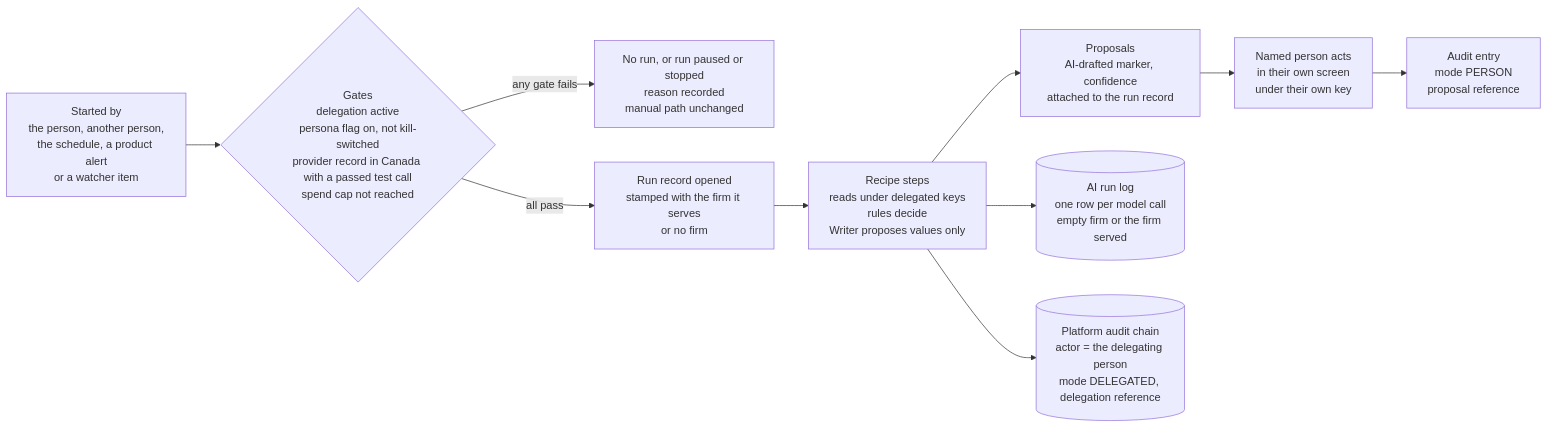
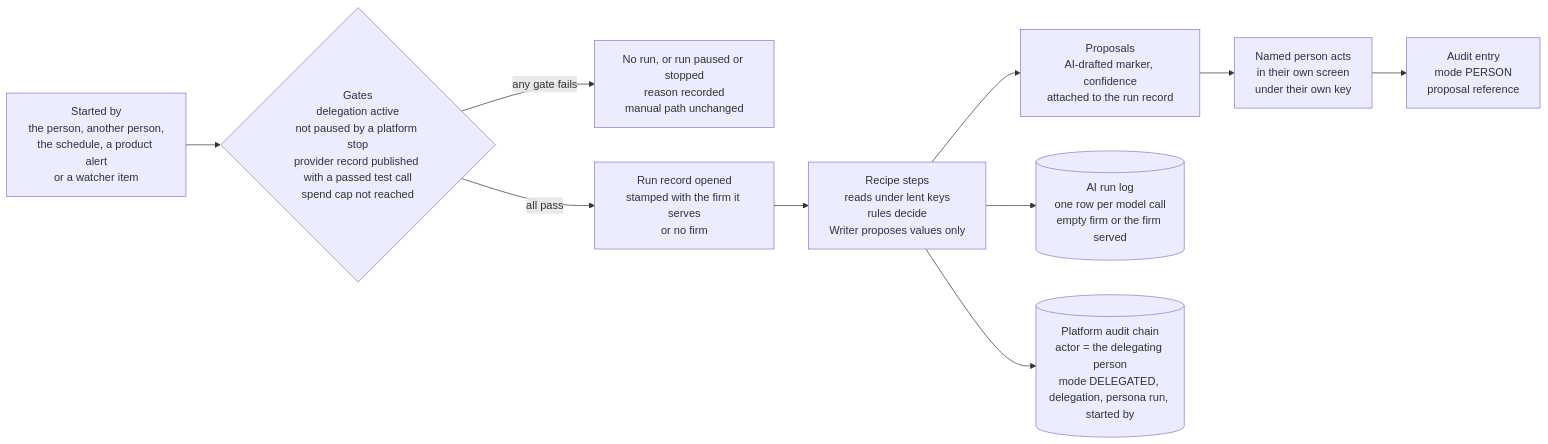
Before and after one commit to ranjan-expatready/xpatready: the first of 4 diagrams in ai-workers/requirements/AW-02-platform-ai-assistants_v0.1.md, drawn with Mermaid. The commit also changed other lines of this file and 4 other files, not shown here.

````diff
--- a/ai-workers/requirements/AW-02-platform-ai-assistants_v0.1.md
+++ b/ai-workers/requirements/AW-02-platform-ai-assistants_v0.1.md
@@ -94,12 +99,12 @@
 ```mermaid
 flowchart LR
-    T[Started by<br/>the person, another person,<br/>the schedule, a product alert<br/>or a watcher item] --> G{Gates<br/>delegation active<br/>persona flag on, not kill-switched<br/>provider record in Canada with a passed test call<br/>spend cap not reached}
+    T[Started by<br/>the person, another person,<br/>the schedule, a product alert<br/>or a watcher item] --> G{Gates<br/>delegation active<br/>not paused by a platform stop<br/>provider record published with a passed test call<br/>spend cap not reached}
     G -->|any gate fails| S[No run, or run paused or stopped<br/>reason recorded<br/>manual path unchanged]
     G -->|all pass| R[Run record opened<br/>stamped with the firm it serves<br/>or no firm]
-    R --> STEP[Recipe steps<br/>reads under delegated keys<br/>rules decide<br/>Writer proposes values only]
+    R --> STEP[Recipe steps<br/>reads under lent keys<br/>rules decide<br/>Writer proposes values only]
     STEP --> P[Proposals<br/>AI-drafted marker, confidence<br/>attached to the run record]
     P --> H[Named person acts<br/>in their own screen<br/>under their own key]
     H --> A[Audit entry<br/>mode PERSON<br/>proposal reference]
     STEP --> L[(AI run log<br/>one row per model call<br/>empty firm or the firm served)]
-    STEP --> AU[(Platform audit chain<br/>actor = the delegating person<br/>mode DELEGATED, delegation reference)]
+    STEP --> AU[(Platform audit chain<br/>actor = the delegating person<br/>mode DELEGATED, delegation, persona run, started by)]
 ```
````
